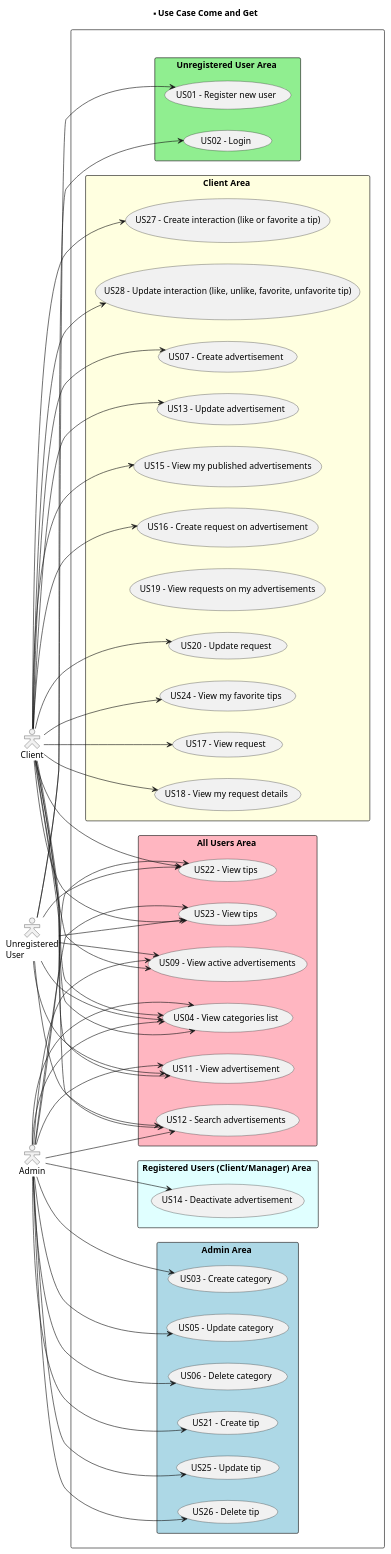
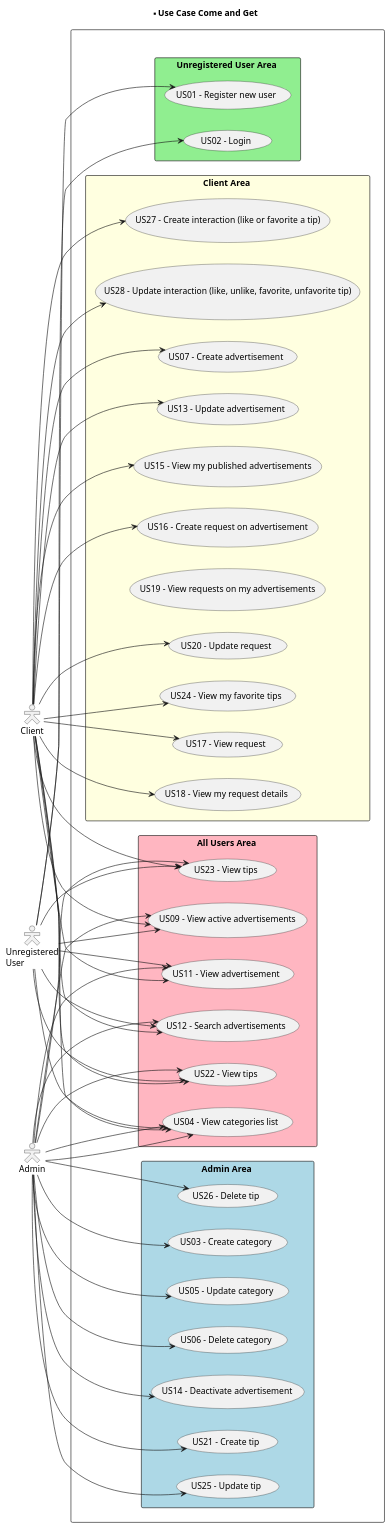
Before and after one commit to vivianeaalmeida/ComeAndGet: the diagram in Docs/global-artifacts/01-requirements-engineering/UCD.puml, drawn with PlantUML. The commit also changed 1 other file, not shown here.

```diff
--- a/Docs/global-artifacts/01-requirements-engineering/UCD.puml
+++ b/Docs/global-artifacts/01-requirements-engineering/UCD.puml
@@ -1,105 +1,100 @@
 @startuml
 
 title ******* Use Case Come and Get
 
 left to right direction
 skinparam actorStyle hollow
   actor "Unregistered\nUser"
   actor "Client"
   actor Admin
 
 
 rectangle " " as usecase1 {
 
     rectangle "All Users Area " as usecase2 #Lightpink{
 
             usecase "US04 - View categories list" as US04
             usecase "US09 - View active advertisements" as US09
             usecase "US11 - View advertisement" as US11
             usecase "US12 - Search advertisements" as US12
             usecase "US22 - View tips" as US22
             usecase "US23 - View tips" as US23
 
+            "Unregistered\nUser" --> US04
+            "Unregistered\nUser" --> US09
+            "Unregistered\nUser" --> US11
+            "Unregistered\nUser" --> US12
+            "Unregistered\nUser" --> US22
+            "Unregistered\nUser" --> US23
+
             Client --> US04
             Client --> US09
             Client --> US11
             Client --> US12
             Client --> US22
             Client --> US23
-            "Unregistered\nUser" --> US04
-            "Unregistered\nUser" --> US09
-            "Unregistered\nUser" --> US11
-            "Unregistered\nUser" --> US12
-            "Unregistered\nUser" --> US22
-            "Unregistered\nUser" --> US23
+
             Admin --> US04
             Admin --> US09
             Admin --> US11
             Admin --> US12
             Admin --> US22
             Admin --> US23
          }
 
     rectangle "Unregistered User Area " as usecase3 #Lightgreen{
 
             usecase "US01 - Register new user" as US01
             usecase "US02 - Login" as US02
 
             "Unregistered\nUser" --> US01
             "Unregistered\nUser" --> US02
-         }
-
-    rectangle "Registered Users (Client/Manager) Area " as usecase4 #Lightcyan{
-
-
-            usecase "US14 - Deactivate advertisement" as US14
-
-            "Client" --> US04
-            Admin --> US04
          }
 
      rectangle "Client Area " as usecase5 #Lightyellow{
 
 
             usecase "US07 - Create advertisement" as US07
             usecase "US13 - Update advertisement" as US13
             usecase "US15 - View my published advertisements" as US15
             usecase "US16 - Create request on advertisement" as US16
             usecase "US17 - View request" as US17
             usecase "US18 - View my request details" as US18
             usecase "US19 - View requests on my advertisements" as US19
             usecase "US20 - Update request" as US20
             usecase "US24 - View my favorite tips" as US24
             usecase "US27 - Create interaction (like or favorite a tip)" as US27
             usecase "US28 - Update interaction (like, unlike, favorite, unfavorite tip)" as US28
 
             Client --> US07
             Client --> US13
             Client --> US15
             Client --> US16
             Client --> US17
             Client --> US18
             Client --> US20
             Client --> US24
             Client --> US27
             Client --> US28
         }
 
     rectangle "Admin Area " as usecase6 #Lightblue{
 
             usecase "US03 - Create category" as US03
             usecase "US05 - Update category" as US05
             usecase "US06 - Delete category" as US06
+            usecase "US14 - Deactivate advertisement" as US14
             usecase "US21 - Create tip" as US21
             usecase "US25 - Update tip" as US25
             usecase "US26 - Delete tip" as US26
 
             Admin --> US03
+            Admin --> US04
             Admin --> US05
             Admin --> US06
             Admin --> US14
             Admin --> US21
             Admin --> US25
             Admin --> US26
     }
 @enduml
```
